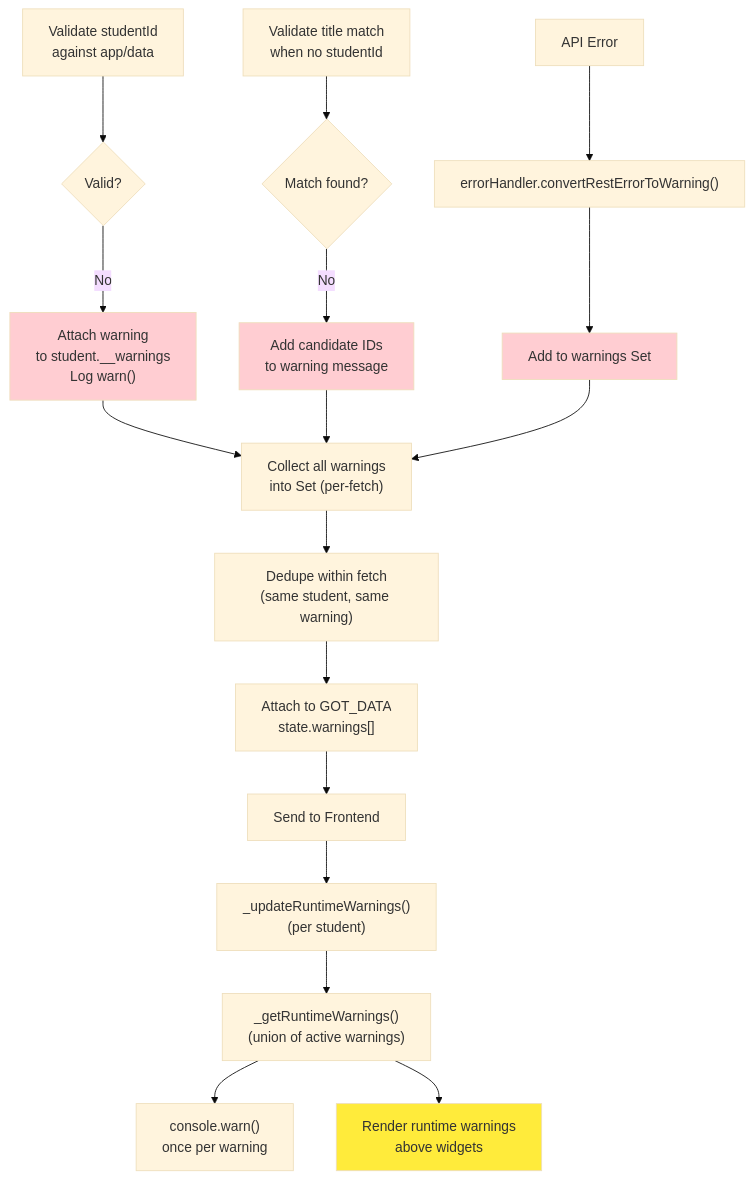
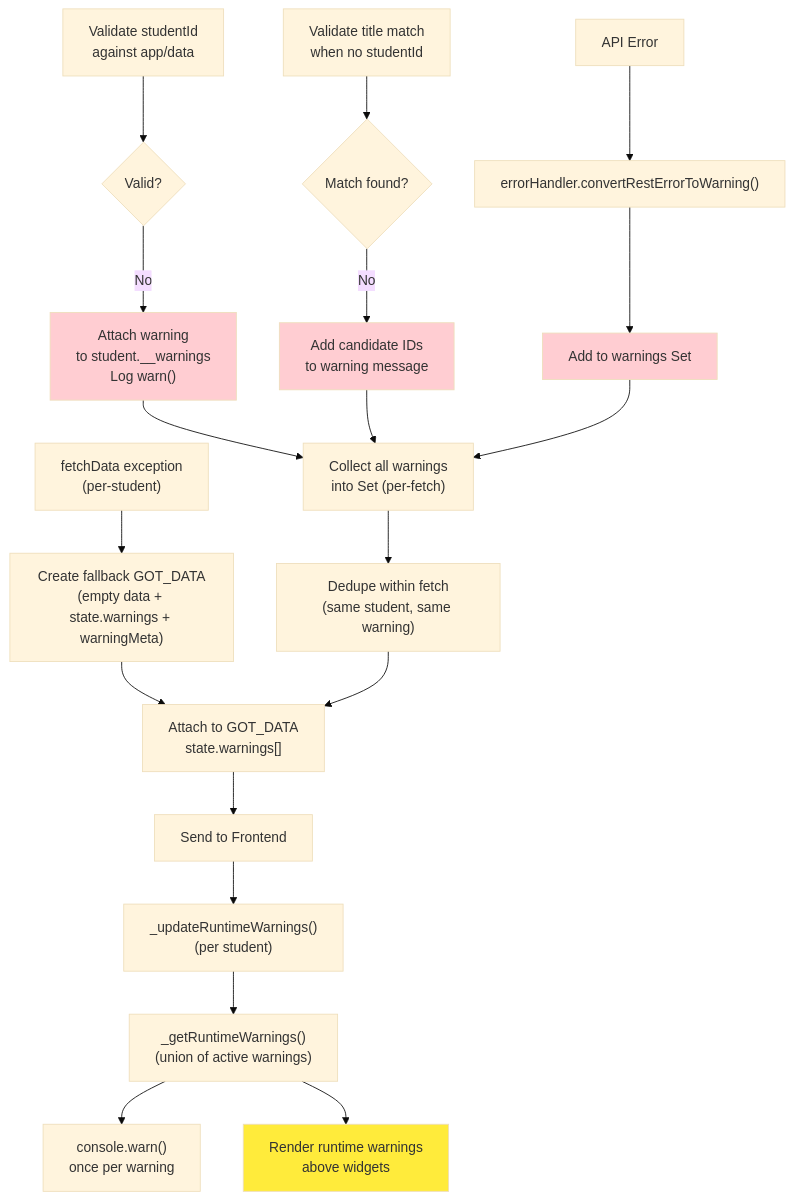
Before and after one commit to HeikoGr/MMM-Webuntis: the ninth of 13 diagrams in docs/ARCHITECTURE.md, drawn with Mermaid (base theme). The commit also changed other lines of this file and 4 other files, not shown here.

Commit message:
fix: enhance warning lifecycle and documentation; improve handling of fetch exceptions and metadata

````diff
--- a/docs/ARCHITECTURE.md
+++ b/docs/ARCHITECTURE.md
@@ -760,30 +760,34 @@
 ```mermaid
 graph TD
     V1["Validate studentId<br/>against app/data"]
     --> W1{Valid?}
     W1 -->|No| A1["Attach warning<br/>to student.__warnings<br/>Log warn()"]
 
     V2["Validate title match<br/>when no studentId"]
     --> W2{Match found?}
     W2 -->|No| A2["Add candidate IDs<br/>to warning message"]
 
     API["API Error"]
     --> ErrConv["errorHandler.convertRestErrorToWarning()"]
     ErrConv --> A3["Add to warnings Set"]
+
+    FErr["fetchData exception\n(per-student)"]
+    --> FB["Create fallback GOT_DATA\n(empty data + state.warnings + warningMeta)"]
+    FB --> P
 
     A1 --> C["Collect all warnings<br/>into Set (per-fetch)"]
     A2 --> C
     A3 --> C
     C --> D["Dedupe within fetch<br/>(same student, same warning)"]
     D --> P["Attach to GOT_DATA<br/>state.warnings[]"]
     P --> FE["Send to Frontend"]
     FE --> Runtime["_updateRuntimeWarnings()<br/>(per student)"]
     Runtime --> Agg["_getRuntimeWarnings()<br/>(union of active warnings)"]
     Agg --> Console["console.warn()<br/>once per warning"]
     Agg --> UI["Render runtime warnings<br/>above widgets"]
 
     style A1 fill:#ffcdd2
     style A2 fill:#ffcdd2
     style A3 fill:#ffcdd2
     style UI fill:#ffeb3b
 ```
````
